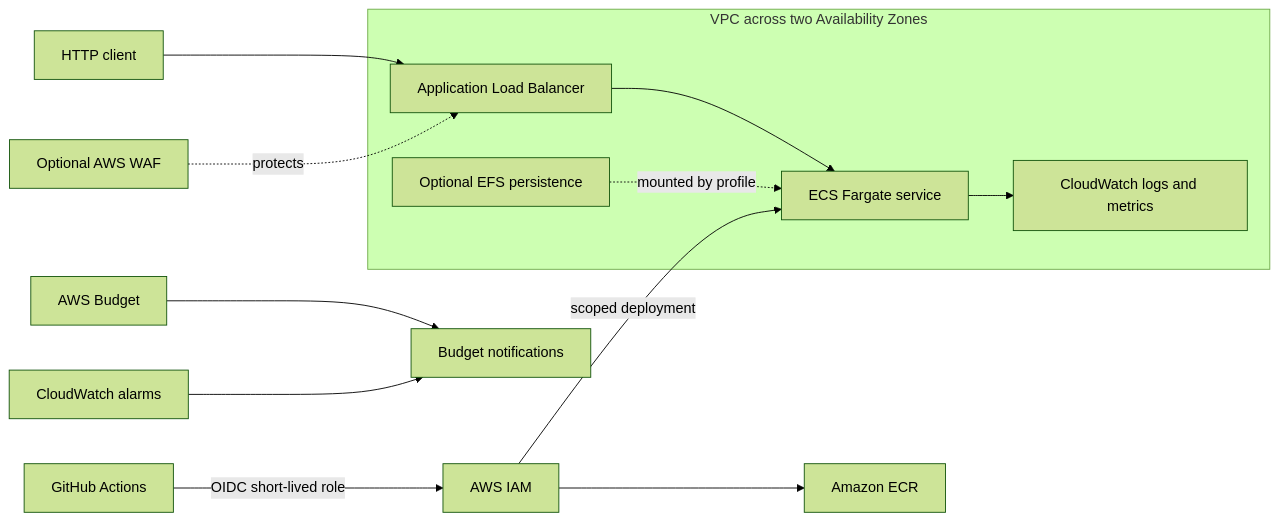
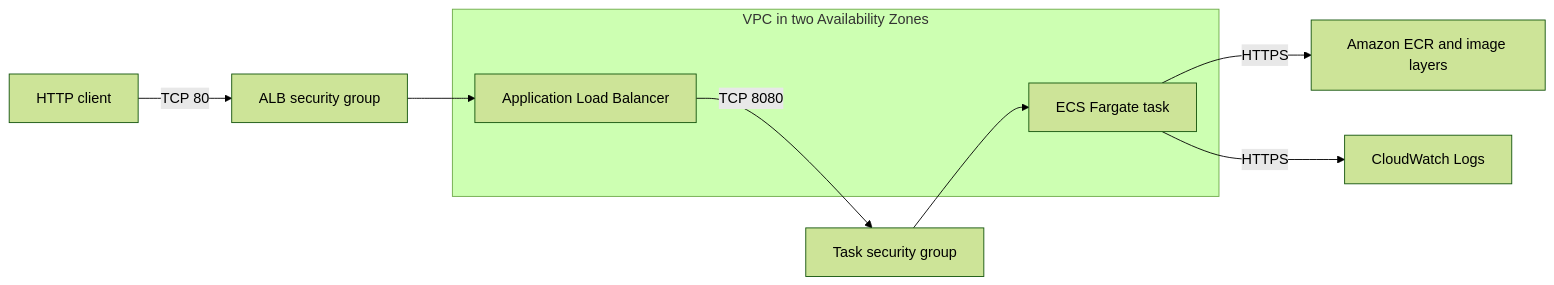
One commit to renanfenrich/staff-aws-platform-blueprint changed the diagram in docs/architecture.md. Above: the diagram before and after it, drawn with Mermaid (forest theme). The commit also changed other lines of this file and 39 other files, not shown here.

````diff
--- a/docs/architecture.md
+++ b/docs/architecture.md
@@ -12,17 +13,14 @@
 ```mermaid
 flowchart LR
-  User[HTTP client] --> ALB[Application Load Balancer]
-  WAF[Optional AWS WAF] -. protects .-> ALB
+  User[HTTP client] -->|TCP 80| ALBSG[ALB security group]
+  ALBSG --> ALB[Application Load Balancer]
+  ALB -->|TCP 8080| TaskSG[Task security group]
+  TaskSG --> Task[ECS Fargate task]
+  Task -->|HTTPS| ECR[Amazon ECR and image layers]
+  Task -->|HTTPS| Logs[CloudWatch Logs]
 
-  subgraph VPC[VPC across two Availability Zones]
-    ALB --> ECS[ECS Fargate service]
-    ECS --> Logs[CloudWatch logs and metrics]
-    EFS[Optional EFS persistence] -. mounted by profile .-> ECS
+  subgraph VPC[VPC in two Availability Zones]
+    ALB
+    Task
   end
-
-  GHA[GitHub Actions] -->|OIDC short-lived role| IAM[AWS IAM]
-  IAM -->|scoped deployment| ECS
-  IAM --> ECR[Amazon ECR]
-  Budget[AWS Budget] --> Notify[Budget notifications]
-  Alarms[CloudWatch alarms] --> Notify
 ```
````
